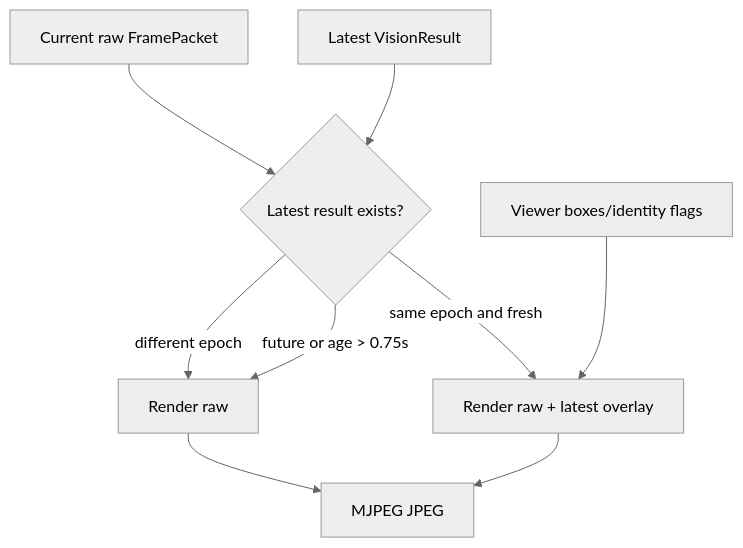
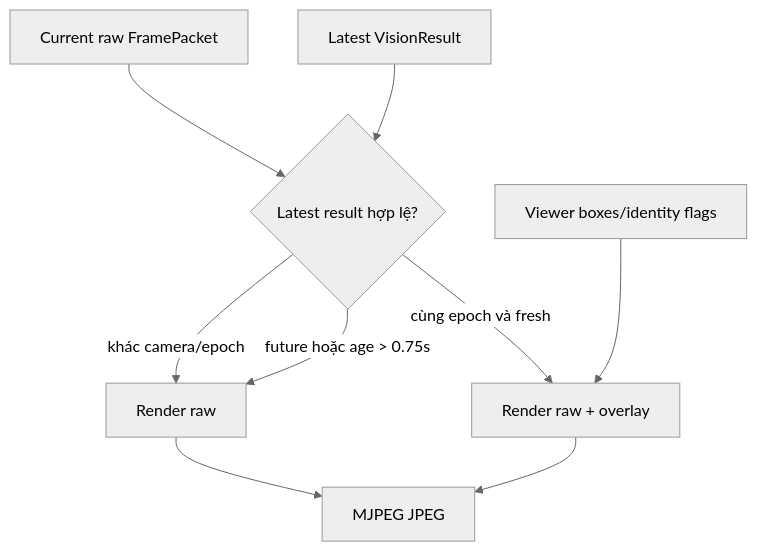
Before and after one commit to daoquocdai/P227: the third of 7 diagrams in docs/architecture_diagram.md, drawn with Mermaid (neutral theme). The commit also changed other lines of this file and 7 other files, not shown here.

Commit message:
docs: align setup API and architecture with develop

````diff
--- a/docs/architecture_diagram.md
+++ b/docs/architecture_diagram.md
@@ -33,11 +50,11 @@
 ```mermaid
 flowchart TD
-    RAW[Current raw FramePacket] --> CHECK{Latest result exists?}
+    RAW[Current raw FramePacket] --> CHECK{Latest result hợp lệ?}
     RESULT[Latest VisionResult] --> CHECK
-    CHECK -->|different epoch| PLAIN[Render raw]
-    CHECK -->|future or age > 0.75s| PLAIN
-    CHECK -->|same epoch and fresh| OVERLAY[Render raw + latest overlay]
+    CHECK -->|khác camera/epoch| PLAIN[Render raw]
+    CHECK -->|future hoặc age > 0.75s| PLAIN
+    CHECK -->|cùng epoch và fresh| OVERLAY[Render raw + overlay]
     FLAGS[Viewer boxes/identity flags] --> OVERLAY
     OVERLAY --> JPEG[MJPEG JPEG]
     PLAIN --> JPEG
 ```
````
